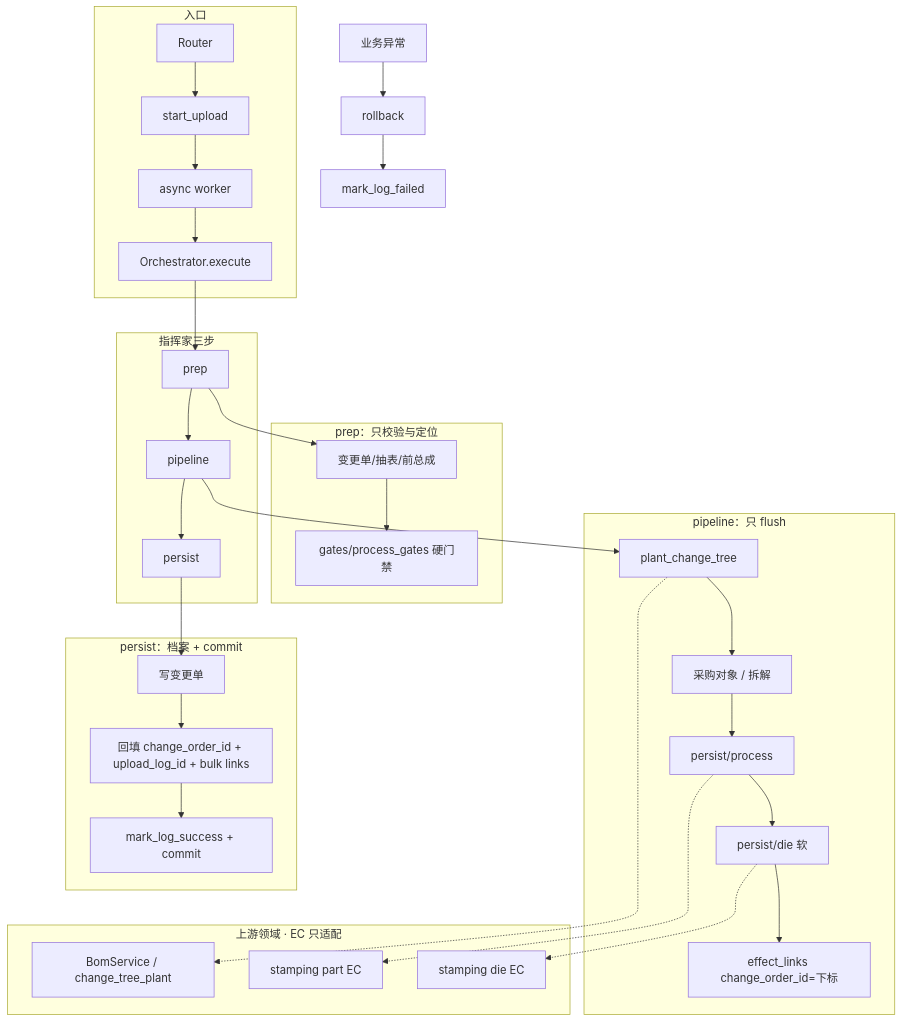
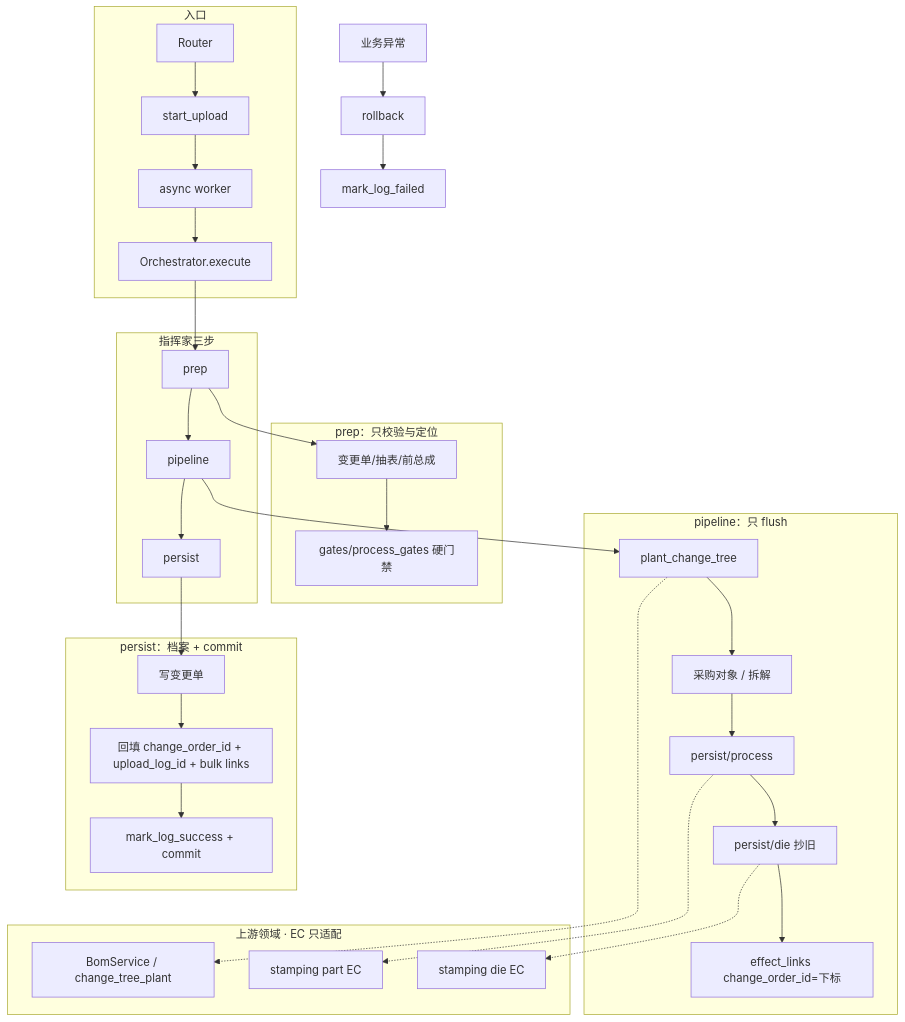
One commit to pulinzhang/structure-costing-platform changed the diagram in docs/engineering-change/README.md. Above: the diagram before and after it, drawn with Mermaid. The commit also changed other lines of this file and 93 other files, not shown here.

````diff
--- a/docs/engineering-change/README.md
+++ b/docs/engineering-change/README.md
@@ -56,42 +56,42 @@
 ```mermaid
 flowchart TB
   subgraph entry [入口]
     R[Router] --> S[start_upload]
     S --> W[async worker]
     W --> O[Orchestrator.execute]
   end
 
   subgraph orch [指挥家三步]
     O --> P1[prep]
     P1 --> P2[pipeline]
     P2 --> P3[persist]
   end
 
   subgraph prep_box [prep：只校验与定位]
     P1 --> V[变更单/抽表/前总成]
     V --> G[gates/process_gates 硬门禁]
   end
 
   subgraph pipe_box [pipeline：只 flush]
     P2 --> T[plant_change_tree]
     T --> PO[采购对象 / 拆解]
     PO --> PR[persist/process]
-    PR --> DI[persist/die 软]
+    PR --> DI[persist/die 抄旧]
     DI --> L[effect_links change_order_id=下标]
   end
 
   subgraph persist_box [persist：档案 + commit]
     P3 --> C[写变更单]
     C --> F[回填 change_order_id + upload_log_id + bulk links]
     F --> OK[mark_log_success + commit]
   end
 
   subgraph upstream [上游领域 · EC 只适配]
     T -.-> BomSvc[BomService / change_tree_plant]
     PR -.-> StPart[stamping part EC]
     DI -.-> StDie[stamping die EC]
   end
 
   Fail[业务异常] --> RB[rollback]
   RB --> MF[mark_log_failed]
 ```
````
